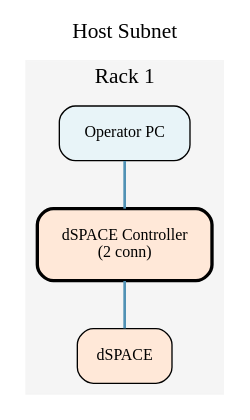
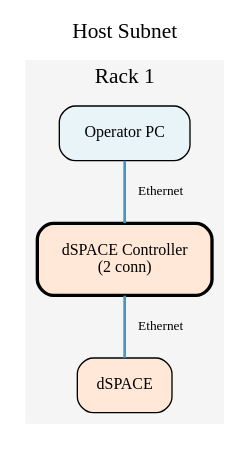
The diagram in output/host_subnet.dot (BenjiPestell/rack-diagram-demo), drawn with Graphviz before and after one commit. The commit also changed 9 other files, not shown here.

```diff
--- a/output/host_subnet.dot
+++ b/output/host_subnet.dot
@@ -1,58 +1,58 @@
 graph "Host Subnet" {
 
   graph [
     bgcolor="white",
     label="Host Subnet",
     labelloc=t,
     fontsize=16,
     fontname="Sinkin Sans 400 Regular",
     overlap=false,
     sep=0.5
   ];
 
   node [
     shape=box,
     style="rounded,filled",
     fontsize=12,
     fontname="Sinkin Sans 400 Regular",
     margin=0.2
   ];
 
   edge [
     color="#5192b5",
     style=solid,
     penwidth=2.0
   ];
 
   // Devices grouped by rack and external groups
 
   subgraph cluster_rack1 {
     label="Rack 1";
     style=filled;
     color="#F5F5F5";
     fontname="Sinkin Sans 400 Regular";
 
     "dSPACE_Controller" [
       label="dSPACE Controller\n(2 conn)",
       fillcolor="#FFE8D8",
       penwidth=2.5
     ];
     "Operator_PC" [
       label="Operator PC",
       fillcolor="#E8F4F8"
     ];
     "dSPACE" [
       label="dSPACE",
       fillcolor="#FFE8D8"
     ];
   }
 
   // Connections
   Operator_PC -- dSPACE_Controller [
-    color="#5192b5", style=solid, penwidth=2.0
+    color="#5192b5", style=solid, penwidth=2.0, label="   Ethernet", fontsize=10, fontname="Sinkin Sans 400 Regular"
   ];
   dSPACE_Controller -- dSPACE [
-    color="#5192b5", style=solid, penwidth=2.0
+    color="#5192b5", style=solid, penwidth=2.0, label="   Ethernet", fontsize=10, fontname="Sinkin Sans 400 Regular"
   ];
 
 }
```
